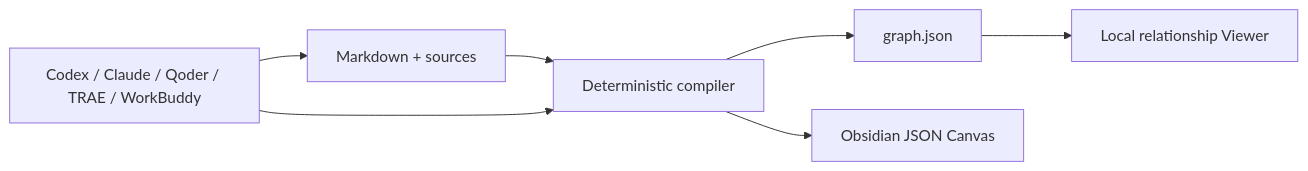
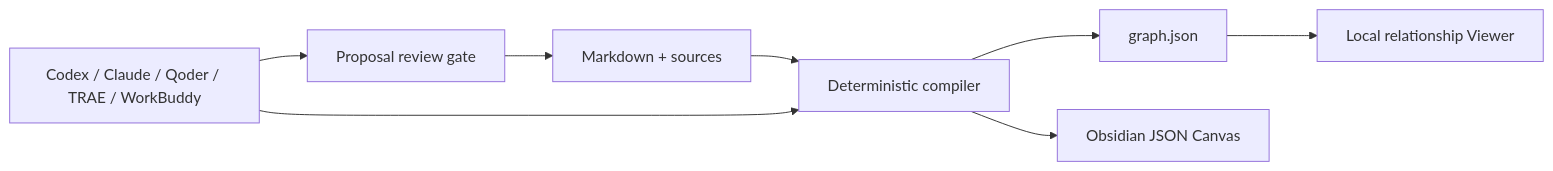
One commit to chicogong/llm-wiki-canvas changed the diagram in README.md. Above: the diagram before and after it, drawn with Mermaid. The commit also changed other lines of this file and 21 other files, not shown here.

````diff
--- a/README.md
+++ b/README.md
@@ -148,9 +161,10 @@
 ```mermaid
 flowchart LR
   M["Markdown + sources"] --> C["Deterministic compiler"]
   C --> G["graph.json"]
   C --> J["Obsidian JSON Canvas"]
   G --> V["Local relationship Viewer"]
-  S["Codex / Claude / Qoder / TRAE / WorkBuddy"] --> M
+  S["Codex / Claude / Qoder / TRAE / WorkBuddy"] --> P["Proposal review gate"]
+  P --> M
   S --> C
 ```
````
